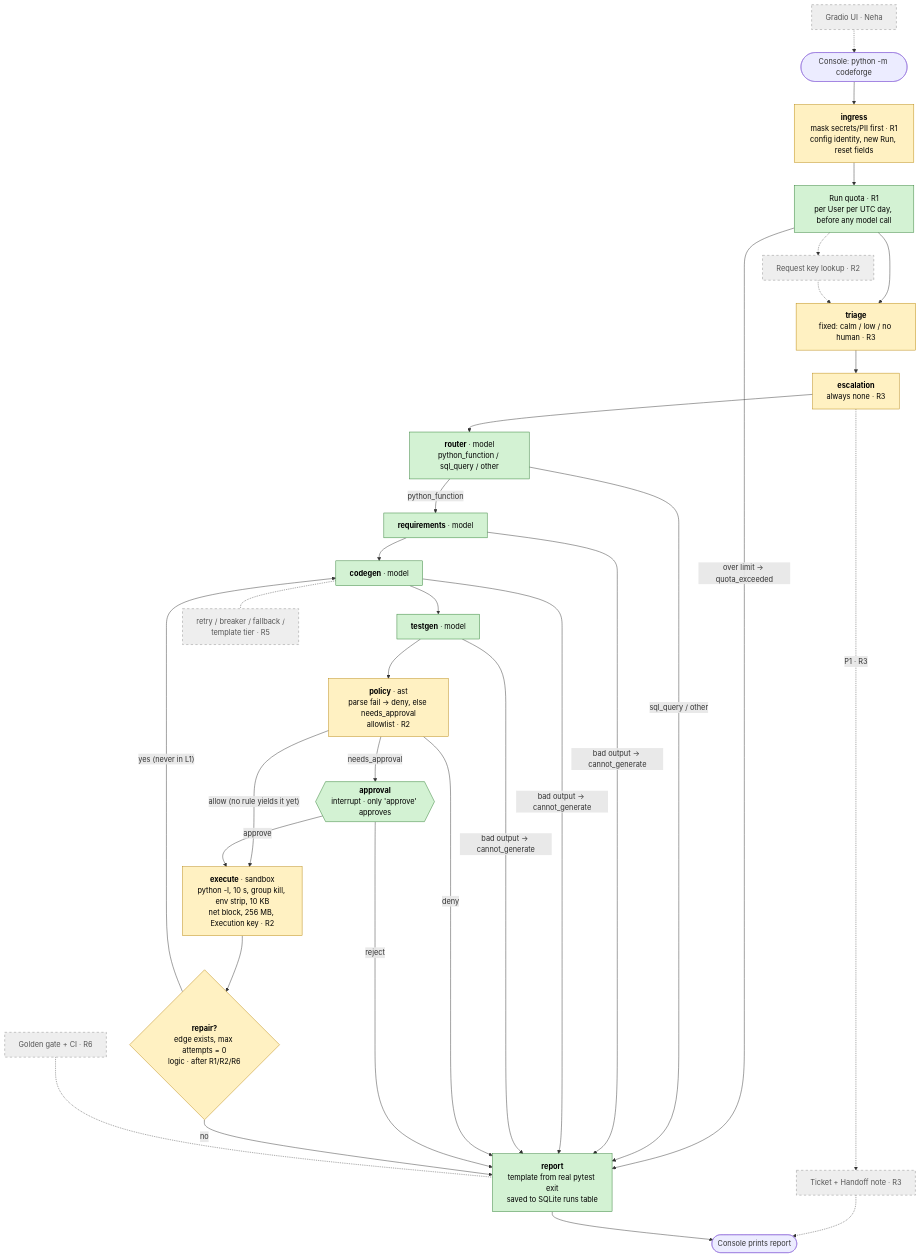
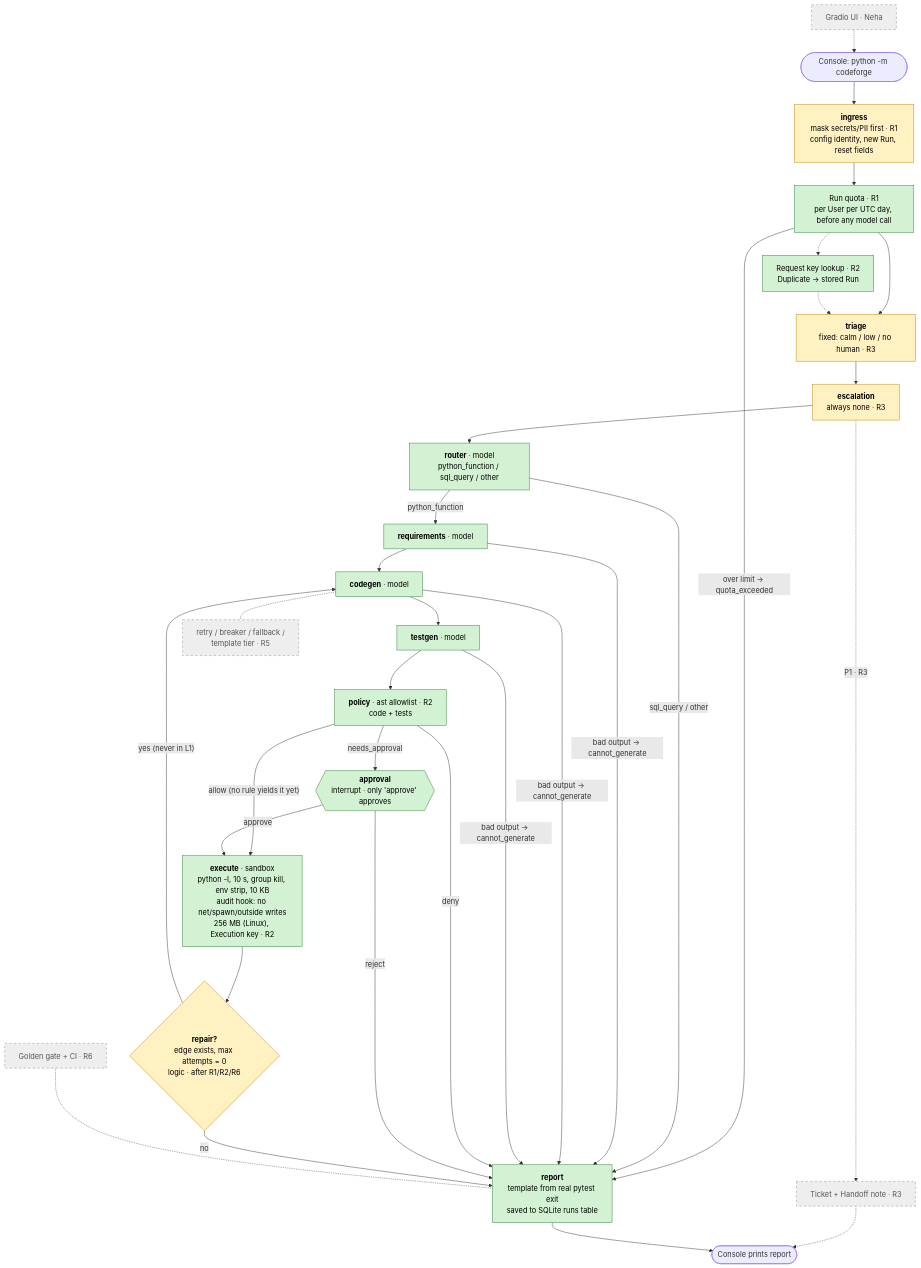
The diagram in plans/TRACKER.md (dipanshuCodes/codeforge), drawn with Mermaid before and after one commit. The commit also changed other lines of this file and 1 other file, not shown here.

````diff
--- a/plans/TRACKER.md
+++ b/plans/TRACKER.md
@@ -22,47 +22,47 @@
 ```mermaid
 flowchart TD
     START([Console: python -m codeforge]) --> ingress
 
     ingress["<b>ingress</b><br/>mask secrets/PII first · R1<br/>config identity, new Run, reset fields"]:::built
     quota["Run quota · R1<br/>per User per UTC day, before any model call"]:::built
-    reqkey["Request key lookup · R2"]:::todo
+    reqkey["Request key lookup · R2<br/>Duplicate → stored Run"]:::built
     triage["<b>triage</b><br/>fixed: calm / low / no human · R3"]:::stub
     escalation["<b>escalation</b><br/>always none · R3"]:::stub
     ticket["Ticket + Handoff note · R3"]:::todo
     router["<b>router</b> · model<br/>python_function / sql_query / other"]:::built
     requirements["<b>requirements</b> · model"]:::built
     codegen["<b>codegen</b> · model"]:::built
     testgen["<b>testgen</b> · model"]:::built
     resilience["retry / breaker / fallback /<br/>template tier · R5"]:::todo
-    policy["<b>policy</b> · ast<br/>parse fail → deny, else needs_approval<br/>allowlist · R2"]:::stub
+    policy["<b>policy</b> · ast allowlist · R2<br/>code + tests"]:::built
     approval{{"<b>approval</b><br/>interrupt · only 'approve' approves"}}:::built
-    execute["<b>execute</b> · sandbox<br/>python -I, 10 s, group kill, env strip, 10 KB<br/>net block, 256 MB, Execution key · R2"]:::stub
+    execute["<b>execute</b> · sandbox<br/>python -I, 10 s, group kill, env strip, 10 KB<br/>audit hook: no net/spawn/outside writes<br/>256 MB (Linux), Execution key · R2"]:::built
     repair{"<b>repair?</b><br/>edge exists, max attempts = 0<br/>logic · after R1/R2/R6"}:::stub
     report["<b>report</b><br/>template from real pytest exit<br/>saved to SQLite runs table"]:::built
     DONE([Console prints report])
     ui["Gradio UI · Neha"]:::todo
     gate["Golden gate + CI · R6"]:::todo
 
     ingress --> quota --> triage --> escalation --> router
     quota -- "over limit → quota_exceeded" --> report
     quota -.-> reqkey -.-> triage
     escalation -. "P1 · R3" .-> ticket -.-> DONE
     router -- "sql_query / other" --> report
     router -- python_function --> requirements --> codegen --> testgen --> policy
     requirements & codegen & testgen -- "bad output → cannot_generate" --> report
     codegen -.- resilience
     policy -- deny --> report
     policy -- needs_approval --> approval
     policy -- "allow (no rule yields it yet)" --> execute
     approval -- reject --> report
     approval -- approve --> execute --> repair
     repair -- "yes (never in L1)" --> codegen
     repair -- no --> report --> DONE
     ui -.-> START
     gate -.- report
 
     class ingress stub
     classDef built fill:#d3f2d3,stroke:#2e7d32,color:#000
     classDef stub fill:#fff1c2,stroke:#b8860b,color:#000
     classDef todo fill:#eeeeee,stroke:#888,stroke-dasharray:5 5,color:#555
 ```
````
